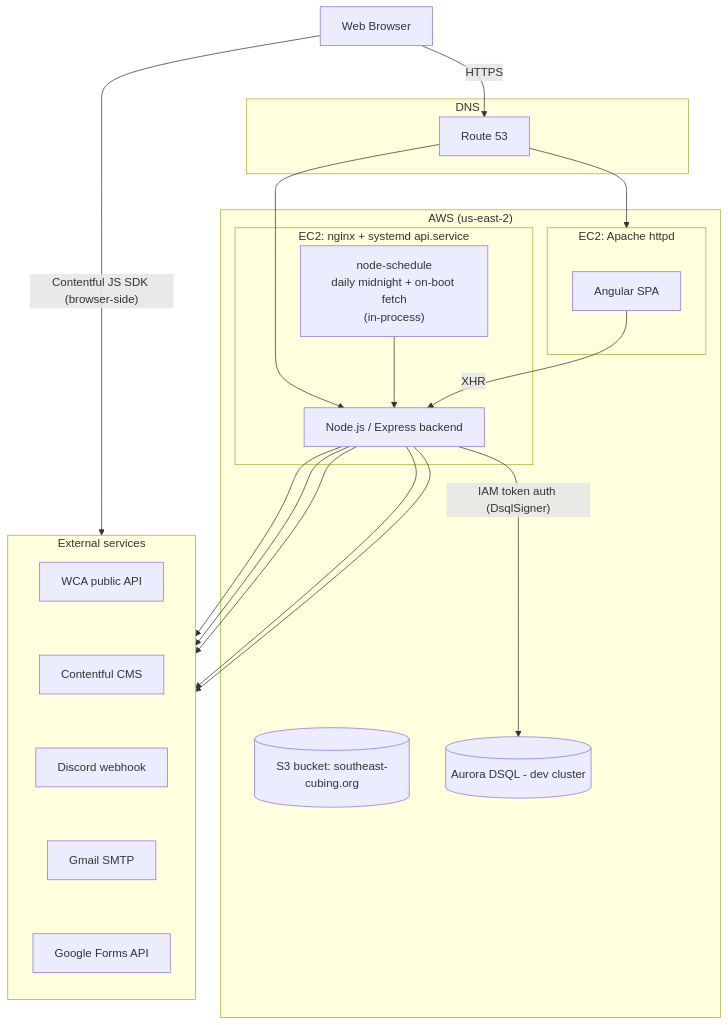
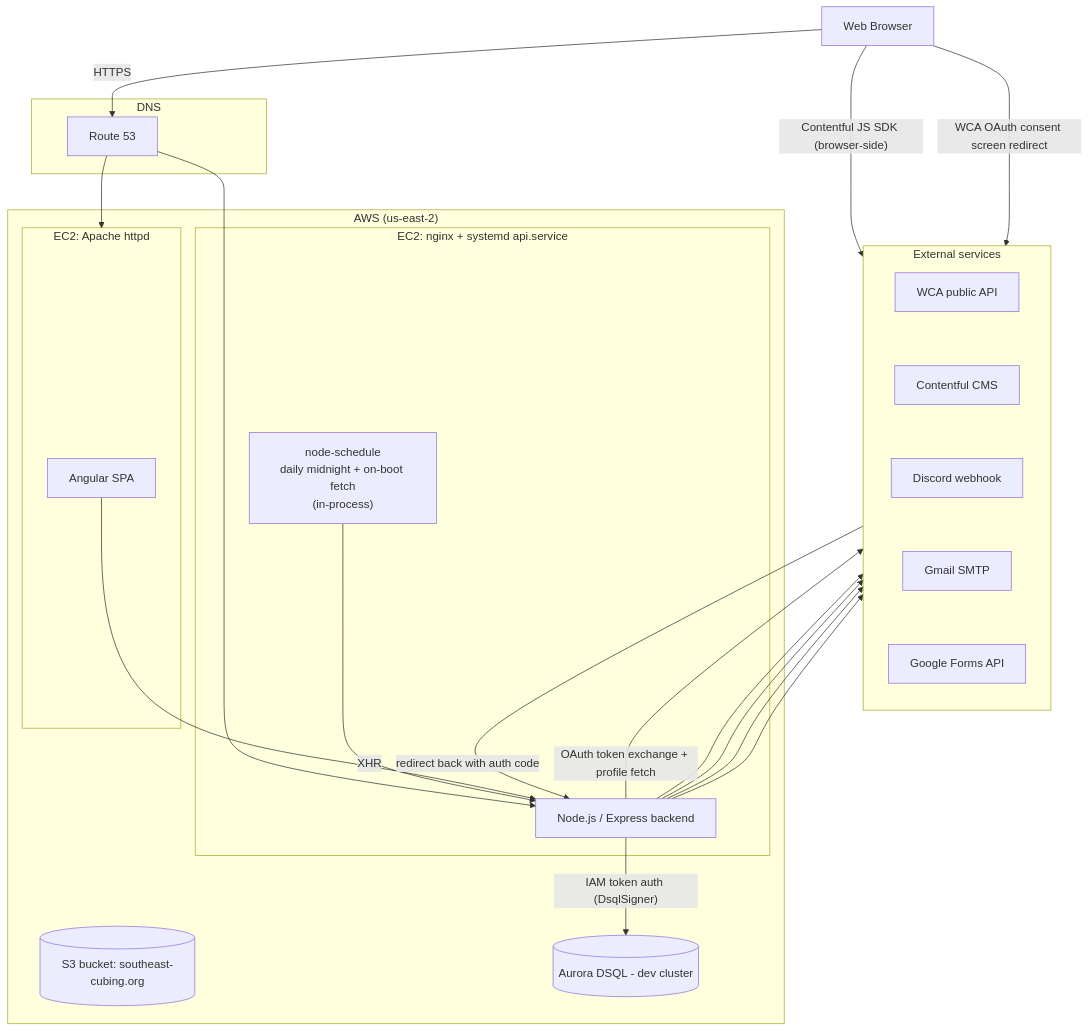
Before and after one commit to Jambrose777/SoutheastCubing.org: the diagram in ARCHITECTURE.md, drawn with Mermaid. The commit also changed other lines of this file, not shown here.

Commit message:
updated architecture diagram

````diff
--- a/ARCHITECTURE.md
+++ b/ARCHITECTURE.md
@@ -12,43 +12,45 @@
 ```mermaid
 flowchart TB
     Browser["Web Browser"]
 
     subgraph DNS["DNS"]
         R53["Route 53"]
     end
 
     subgraph AWS["AWS (us-east-2)"]
         subgraph FEHost["EC2: Apache httpd"]
             FE["Angular SPA"]
         end
         subgraph BEHost["EC2: nginx + systemd api.service"]
             BE["Node.js / Express backend"]
             Cron["node-schedule\ndaily midnight + on-boot fetch\n(in-process)"]
         end
         S3[("S3 bucket: southeast-cubing.org")]
         DSQL[("Aurora DSQL - dev cluster")]
     end
 
     subgraph External["External services"]
         direction TB
         WCA["WCA public API"]
         Contentful["Contentful CMS"]
         Discord["Discord webhook"]
         Gmail["Gmail SMTP"]
         GForms["Google Forms API"]
         WCA ~~~ Contentful ~~~ Discord ~~~ Gmail ~~~ GForms
     end
 
     Browser -->|HTTPS| R53
     R53 --> FEHost
     R53 --> BE
     Cron --> BE
     FE -->|"XHR"| BE
     Browser -->|"Contentful JS SDK (browser-side)"| Contentful
+    Browser -->|"WCA OAuth consent screen redirect"| WCA
+    WCA -->|"redirect back with auth code"| BE
     BE -->|"IAM token auth (DsqlSigner)"| DSQL
-    BE --> WCA
+    BE -->|"OAuth token exchange + profile fetch"| WCA
     BE --> Contentful
     BE --> Discord
     BE --> Gmail
     BE --> GForms
 ```
````
